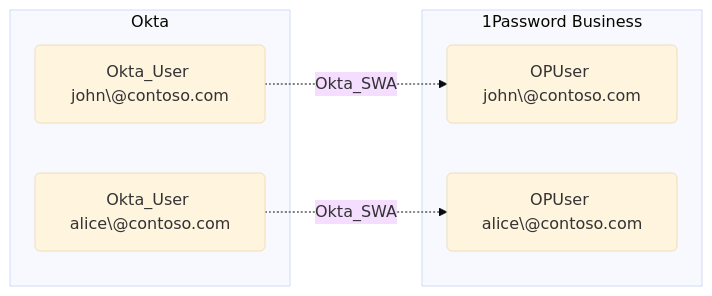
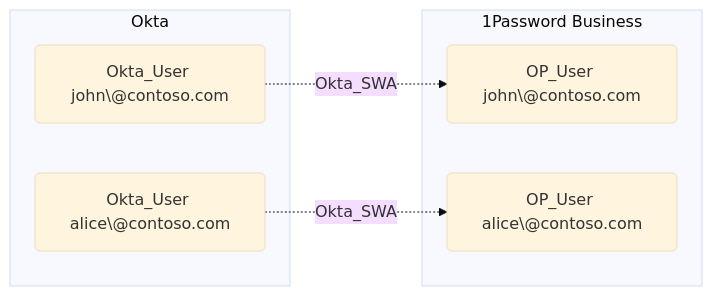
The diagram in Documentation/EdgeDescriptions/Okta_SWA.md (SpecterOps/OktaHound), drawn with Mermaid (base theme) before and after one commit. The commit also changed other lines of this file and 14 other files, not shown here.

````diff
--- a/Documentation/EdgeDescriptions/Okta_SWA.md
+++ b/Documentation/EdgeDescriptions/Okta_SWA.md
@@ -12,13 +12,13 @@
 ```mermaid
 graph LR
     subgraph okta["Okta"]
         u1("Okta_User john\@contoso.com")
         u2("Okta_User alice\@contoso.com")
     end
     subgraph op["1Password Business"]
-        opu1("OPUser john\@contoso.com")
-        opu2("OPUser alice\@contoso.com")
+        opu1("OP_User john\@contoso.com")
+        opu2("OP_User alice\@contoso.com")
     end
     u1 -. Okta_SWA .-> opu1
     u2 -. Okta_SWA .-> opu2
 ```
````
